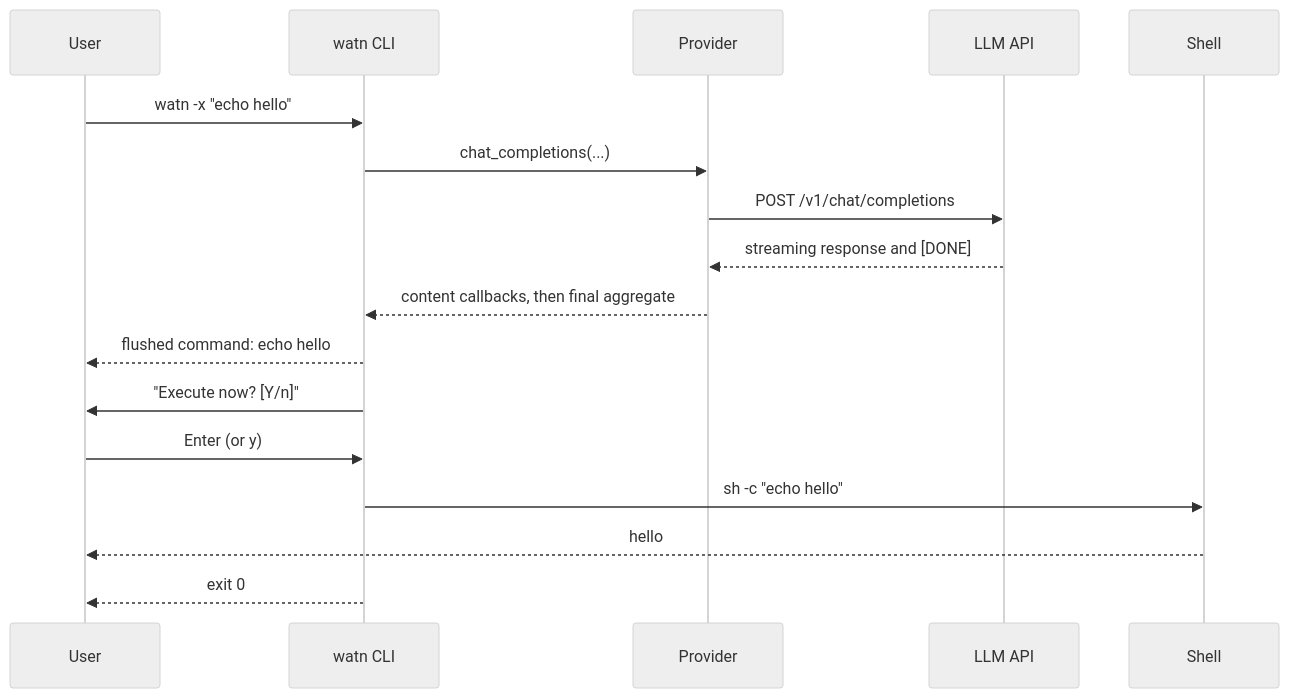
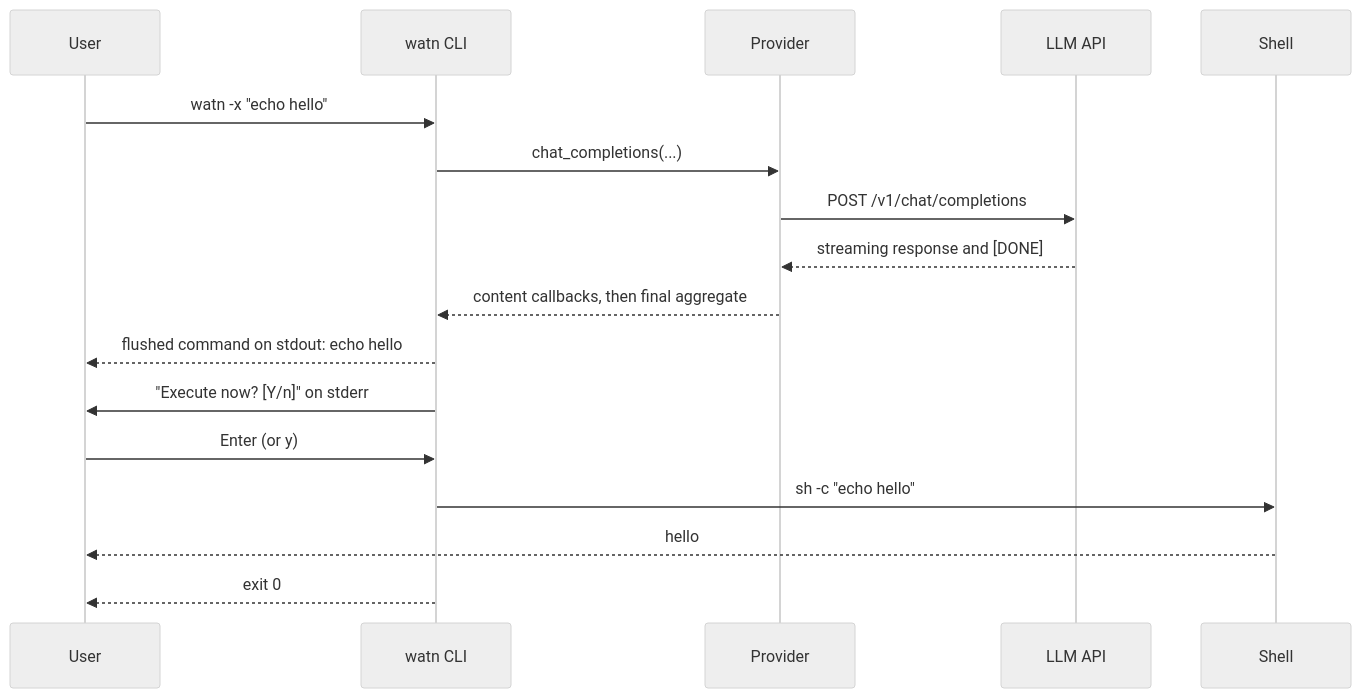
Before and after one commit to buster/watn: the second of 16 diagrams in docs/arc42/06-runtime-view.md, drawn with Mermaid (neutral theme). The commit also changed other lines of this file and 27 other files, not shown here.

````diff
--- a/docs/arc42/06-runtime-view.md
+++ b/docs/arc42/06-runtime-view.md
@@ -50,20 +50,20 @@
 ```mermaid
 sequenceDiagram
     participant User as User
     participant CLI as watn CLI
     participant Prov as Provider
     participant API as LLM API
     participant Shell as Shell
 
     User->>CLI: watn -x "echo hello"
     CLI->>Prov: chat_completions(...)
     Prov->>API: POST /v1/chat/completions
     API-->>Prov: streaming response and [DONE]
     Prov-->>CLI: content callbacks, then final aggregate
-    CLI-->>User: flushed command: echo hello
-    CLI->>User: "Execute now? [Y/n]"
+    CLI-->>User: flushed command on stdout: echo hello
+    CLI->>User: "Execute now? [Y/n]" on stderr
     User->>CLI: Enter (or y)
     CLI->>Shell: sh -c "echo hello"
     Shell-->>User: hello
     CLI-->>User: exit 0
 ```
````
